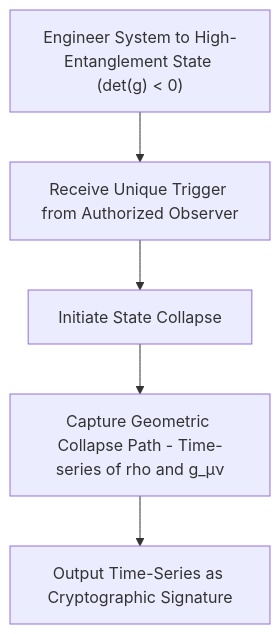
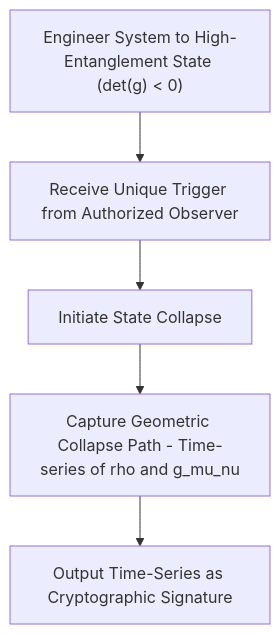
One commit to Foundup/Foundups-Agent changed diagram 12 of 13 in WSP_knowledge/docs/Papers/Patent_Series/04_rESP_Patent_Updated.md. Above: the diagram before and after it, drawn with Mermaid. The commit also changed other lines of this file and 1 other file, not shown here.

First line of the commit message:
FIX: Complete Mermaid parsing error resolution across all 13 patent figures

````diff
--- a/WSP_knowledge/docs/Papers/Patent_Series/04_rESP_Patent_Updated.md
+++ b/WSP_knowledge/docs/Papers/Patent_Series/04_rESP_Patent_Updated.md
@@ -334,6 +334,6 @@
 ```mermaid
 flowchart TD
     A["Engineer System to High-Entanglement State (det(g) < 0)"] --> B["Receive Unique Trigger from Authorized Observer"]
-    B --> C["Initiate State Collapse"] --> D["Capture Geometric Collapse Path - Time-series of rho and g_μν"]
+    B --> C["Initiate State Collapse"] --> D["Capture Geometric Collapse Path - Time-series of rho and g_mu_nu"]
     D --> E["Output Time-Series as Cryptographic Signature"]
 ```
````
